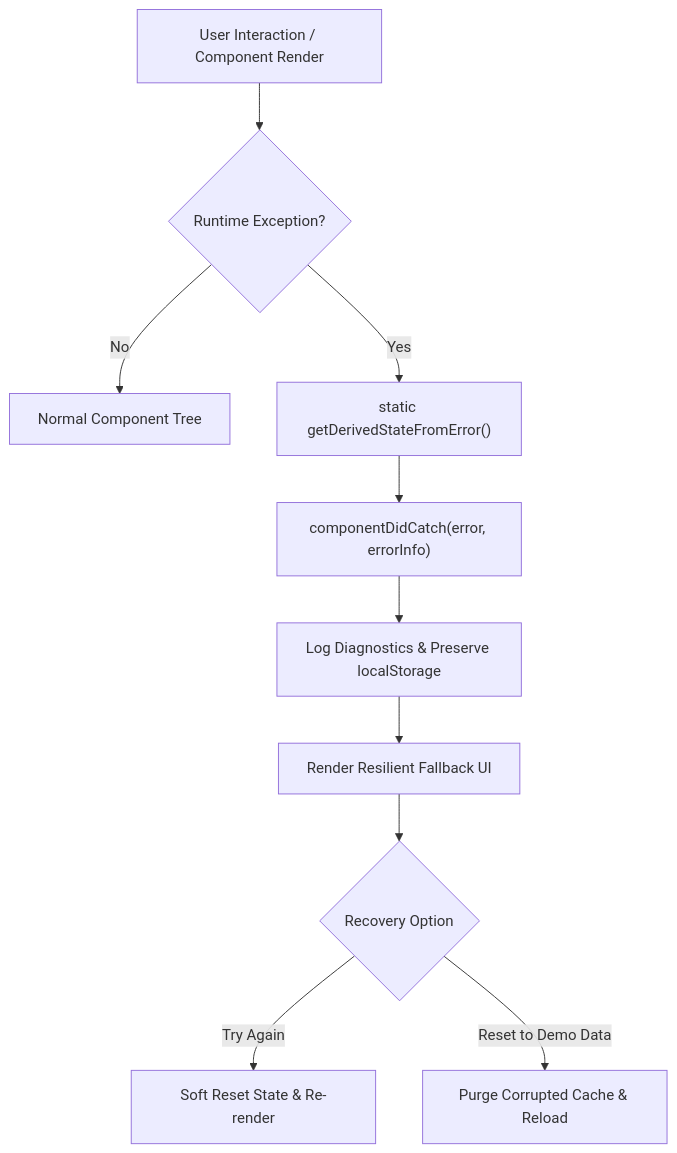
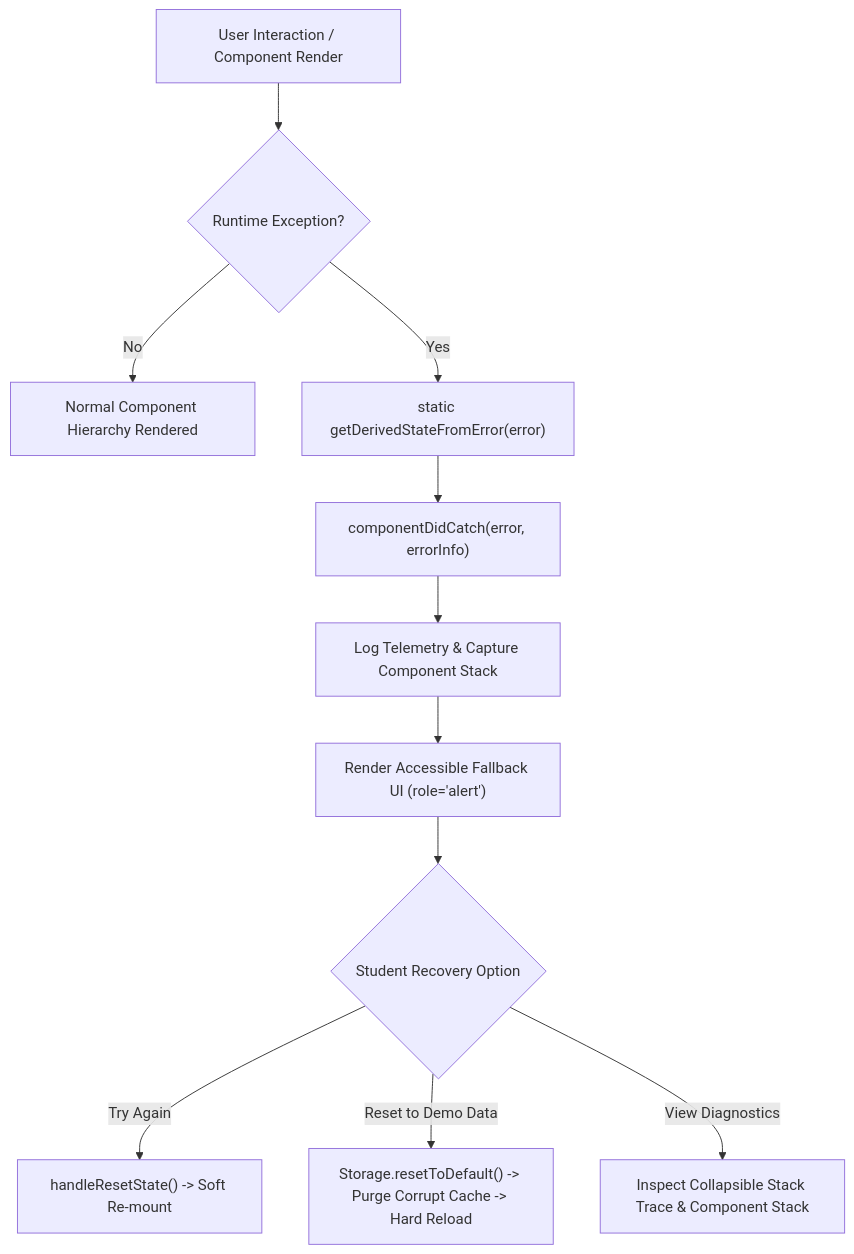
One commit to pavithran8072-bit/pavithran123 changed the first of 2 diagrams in README.md. Above: the diagram before and after it, drawn with Mermaid. The commit also changed other lines of this file and 7 other files, not shown here.

````diff
--- a/README.md
+++ b/README.md
@@ -78,12 +78,13 @@
 ```mermaid
 flowchart TD
     A["User Interaction / Component Render"] --> B{"Runtime Exception?"}
-    B -- No --> C["Normal Component Tree"]
-    B -- Yes --> D["static getDerivedStateFromError()"]
+    B -- No --> C["Normal Component Hierarchy Rendered"]
+    B -- Yes --> D["static getDerivedStateFromError(error)"]
     D --> E["componentDidCatch(error, errorInfo)"]
-    E --> F["Log Diagnostics & Preserve localStorage"]
-    F --> G["Render Resilient Fallback UI"]
-    G --> H{"Recovery Option"}
-    H -- "Try Again" --> I["Soft Reset State & Re-render"]
-    H -- "Reset to Demo Data" --> J["Purge Corrupted Cache & Reload"]
+    E --> F["Log Telemetry & Capture Component Stack"]
+    F --> G["Render Accessible Fallback UI (role='alert')"]
+    G --> H{"Student Recovery Option"}
+    H -- "Try Again" --> I["handleResetState() -> Soft Re-mount"]
+    H -- "Reset to Demo Data" --> J["Storage.resetToDefault() -> Purge Corrupt Cache -> Hard Reload"]
+    H -- "View Diagnostics" --> K["Inspect Collapsible Stack Trace & Component Stack"]
 ```
````
